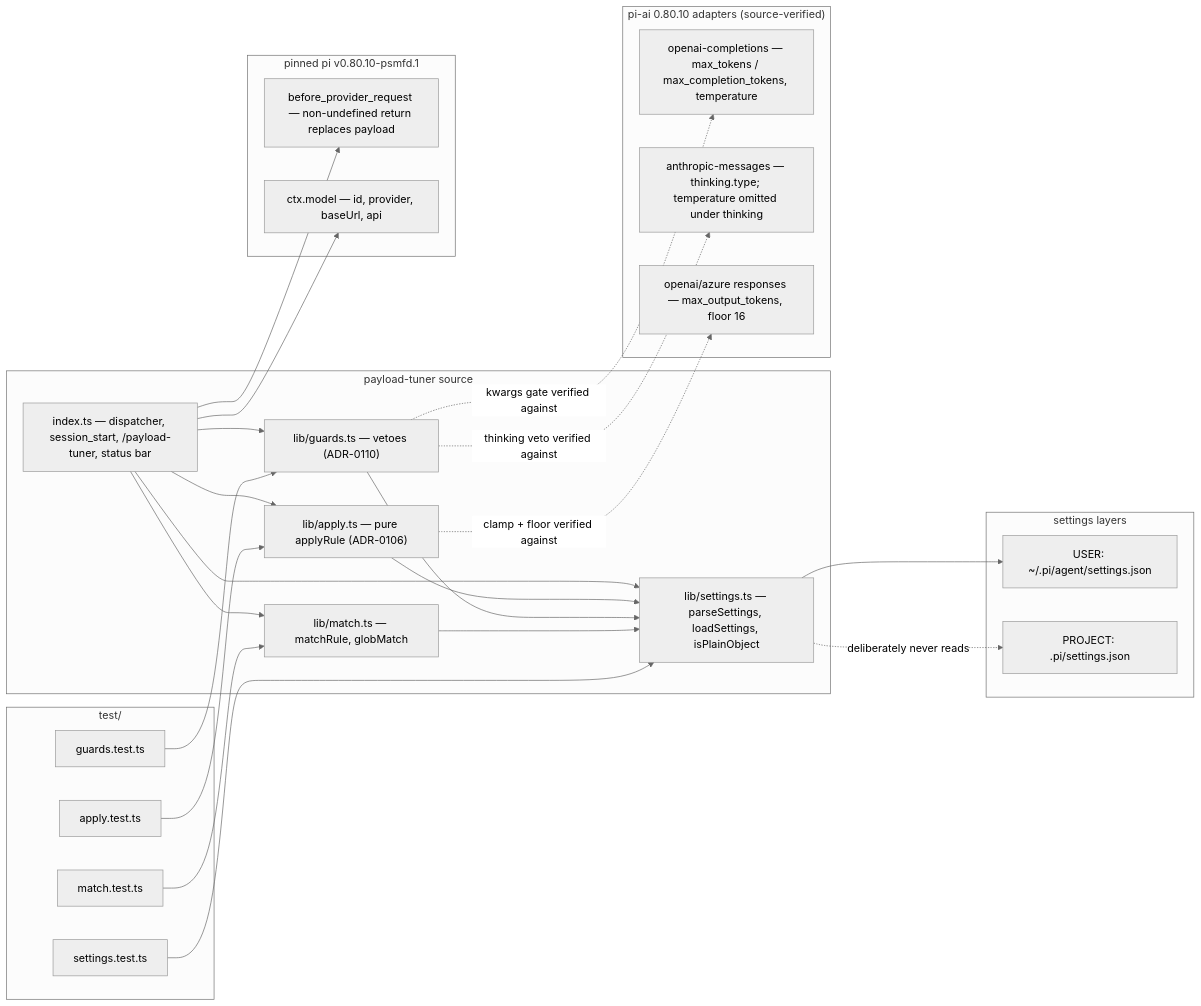
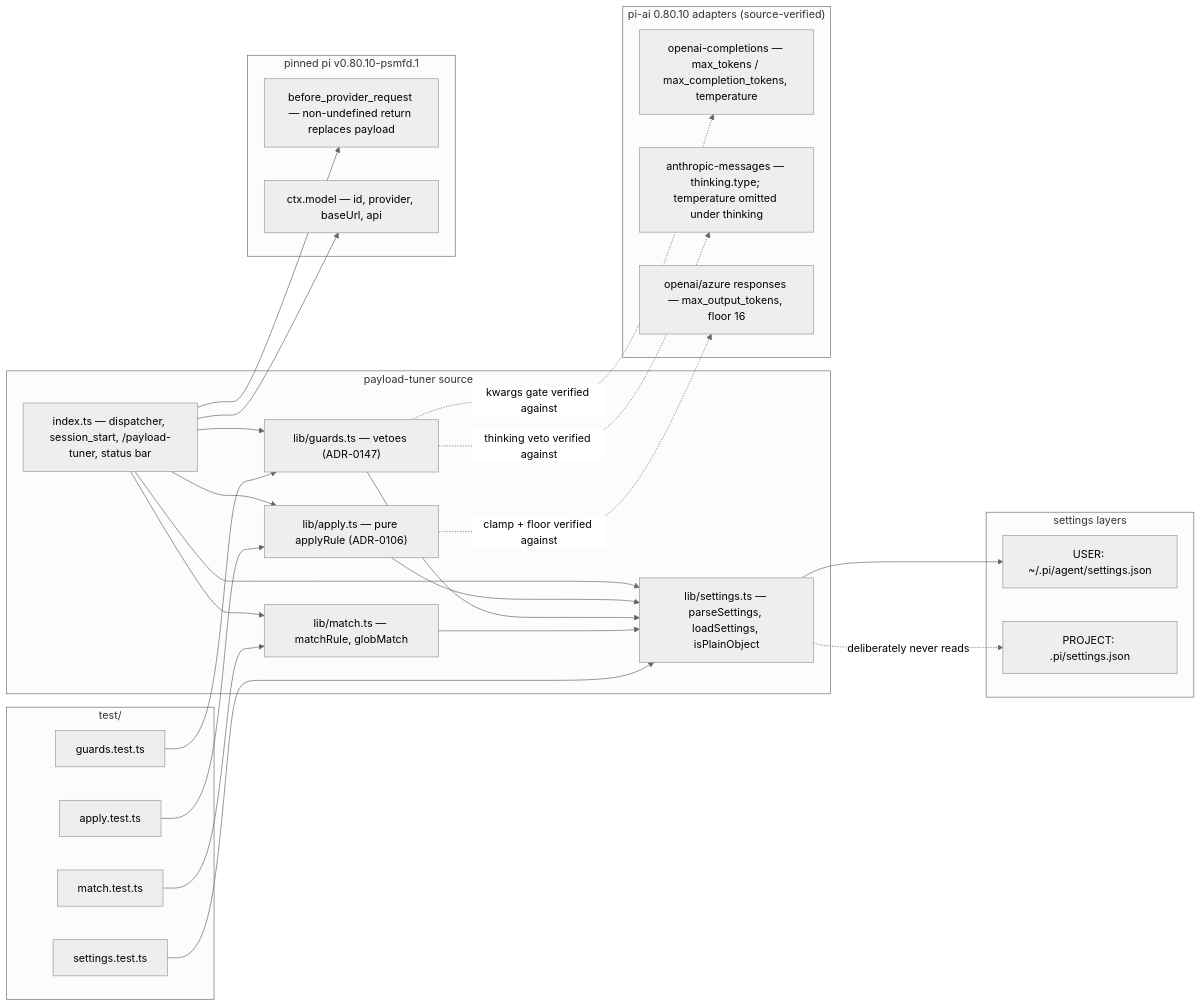
Before and after one commit to psmfd/pi-config: the third of 3 diagrams in agent/extensions/payload-tuner/README.md, drawn with Mermaid (neutral theme). The commit also changed other lines of this file and 92 other files, not shown here.

````diff
--- a/agent/extensions/payload-tuner/README.md
+++ b/agent/extensions/payload-tuner/README.md
@@ -198,49 +212,49 @@
 ```mermaid
 flowchart LR
     subgraph src["payload-tuner source"]
         IDX["index.ts — dispatcher, session_start, /payload-tuner, status bar"]
         APL["lib/apply.ts — pure applyRule (ADR-0106)"]
-        GRD["lib/guards.ts — vetoes (ADR-0110)"]
+        GRD["lib/guards.ts — vetoes (ADR-0147)"]
         MCH["lib/match.ts — matchRule, globMatch"]
         SET["lib/settings.ts — parseSettings, loadSettings, isPlainObject"]
     end
 
     subgraph tests["test/"]
         TA[apply.test.ts]
         TG[guards.test.ts]
         TM[match.test.ts]
         TS[settings.test.ts]
     end
 
     subgraph pi["pinned pi v0.80.10-psmfd.1"]
         EVT["before_provider_request — non-undefined return replaces payload"]
         MDL["ctx.model — id, provider, baseUrl, api"]
     end
 
     subgraph adapters["pi-ai 0.80.10 adapters (source-verified)"]
         OAC["openai-completions — max_tokens / max_completion_tokens, temperature"]
         ANT["anthropic-messages — thinking.type; temperature omitted under thinking"]
         RESP["openai/azure responses — max_output_tokens, floor 16"]
     end
 
     subgraph layers["settings layers"]
         USERL["USER: ~/.pi/agent/settings.json"]
         PROJL["PROJECT: .pi/settings.json"]
     end
 
     IDX --> APL & GRD & MCH & SET
     APL --> SET
     GRD --> SET
     MCH --> SET
     IDX --> EVT
     IDX --> MDL
     TA --> APL
     TG --> GRD
     TM --> MCH
     TS --> SET
     SET --> USERL
     SET -. deliberately never reads .-> PROJL
     GRD -. kwargs gate verified against .-> OAC
     GRD -. thinking veto verified against .-> ANT
     APL -. clamp + floor verified against .-> RESP
 ```
````
